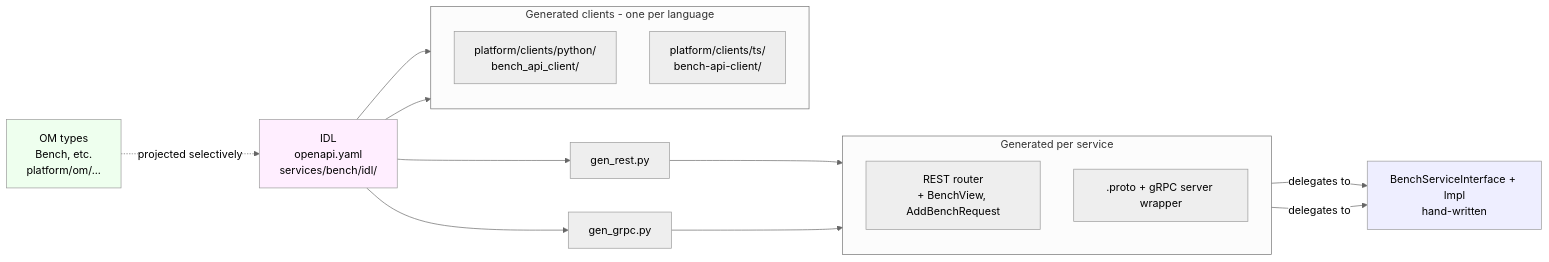
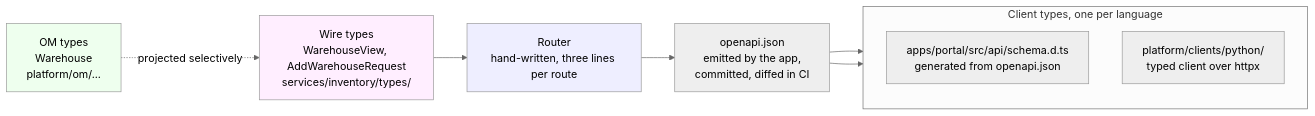
One commit to Crack525/swe_guidelines changed the second of 7 diagrams in architecture.md. Above: the diagram before and after it, drawn with Mermaid (neutral theme). The commit also changed other lines of this file and 49 other files, not shown here.

````diff
--- a/architecture.md
+++ b/architecture.md
@@ -1018,33 +1473,23 @@
 ``` mermaid
 flowchart LR
-    OM[OM types<br/>Bench, etc.<br/>platform/om/...]
-    IDL[IDL<br/>openapi.yaml<br/>services/bench/idl/]
-    GR[gen_rest.py]
-    GG[gen_grpc.py]
+    OM[OM types<br/>Warehouse<br/>platform/om/...]
+    View[Wire types<br/>WarehouseView, AddWarehouseRequest<br/>services/inventory/types/]
+    Router[Router<br/>hand-written, three lines per route]
+    OpenAPI[openapi.json<br/>emitted by the app,<br/>committed, diffed in CI]
 
-    subgraph Generated [Generated per service]
+    subgraph Clients [Client types, one per language]
         direction TB
-        RestRouter[REST router<br/>+ BenchView, AddBenchRequest]
-        Proto[.proto + gRPC server wrapper]
+        TsTypes[apps/portal/src/api/schema.d.ts<br/>generated from openapi.json]
+        PyClient[platform/clients/python/<br/>typed client over httpx]
     end
 
-    SvcImpl[BenchServiceInterface + Impl<br/>hand-written]
+    OM -. projected selectively .-> View
+    View --> Router
+    Router --> OpenAPI
+    OpenAPI --> TsTypes
+    OpenAPI --> PyClient
 
-    subgraph Clients [Generated clients - one per language]
-        direction TB
-        PyClient[platform/clients/python/<br/>bench_api_client/]
-        TsClient[platform/clients/ts/<br/>bench-api-client/]
-    end
-
-    OM -. projected selectively .-> IDL
-    IDL --> GR --> RestRouter
-    IDL --> GG --> Proto
-    RestRouter -->|delegates to| SvcImpl
-    Proto -->|delegates to| SvcImpl
-    IDL --> PyClient
-    IDL --> TsClient
-
-    style SvcImpl fill:#eef
+    style Router fill:#eef
     style OM fill:#efe
-    style IDL fill:#fef
+    style View fill:#fef
 ```
````
